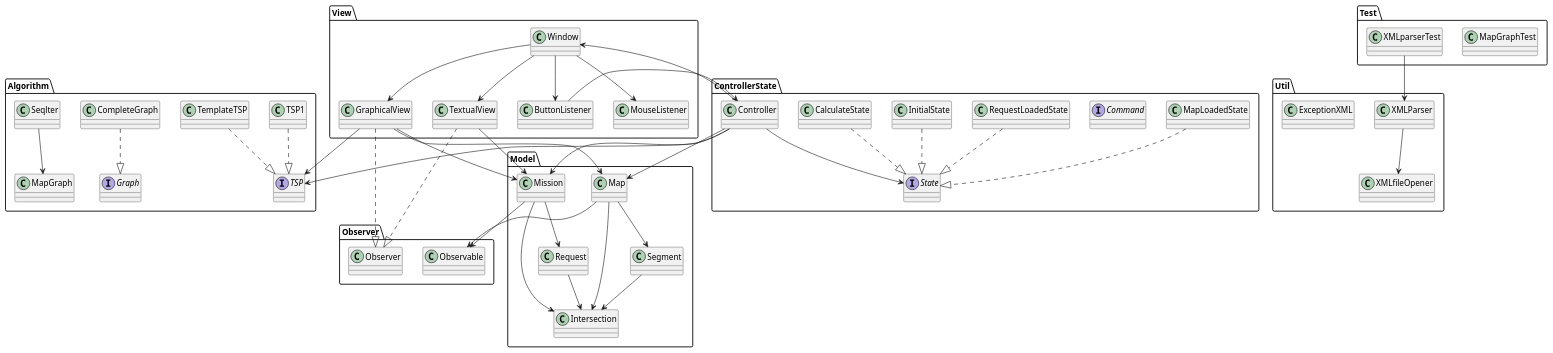
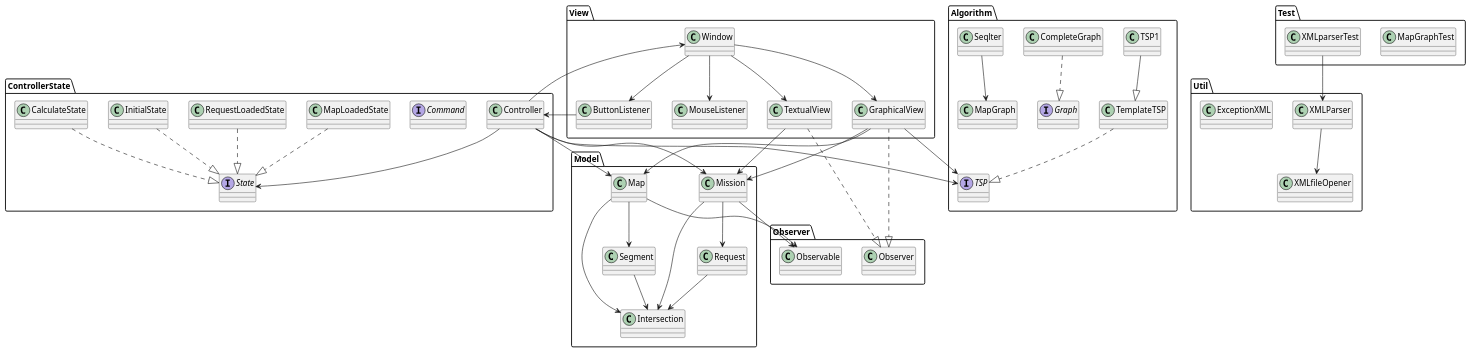
The diagram in src/documentation/PackageDiagram.puml (Karlenkko/Agile-OnErrand), drawn with PlantUML before and after one commit.

Commit message:
doc(PackageDiagram): modification on the heritage

```diff
--- a/src/documentation/PackageDiagram.puml
+++ b/src/documentation/PackageDiagram.puml
@@ -1,139 +1,139 @@
 @startuml
 
 'abstract class AbstractList
 'abstract AbstractCollection
 'interface List
 'interface Collection
 '
 'List <|-- AbstractList
 'Collection <|-- AbstractCollection
 '
 'Collection <|- List
 'AbstractCollection <|- AbstractList
 'AbstractList <|-- ArrayList
 '
 'class ArrayList {
 'Object[] elementData
 'size()
 '}
 '
 'enum TimeUnit {
 'DAYS
 'HOURS
 'MINUTES
 '}
 
 
 
 Package ControllerState{
     class Controller
 
     interface Command
     class InitialState
     class CalculateState
     class MapLoadedState
     class RequestLoadedState
 
     interface State
     Controller --> State
     InitialState ..|> State
     CalculateState ..|> State
     MapLoadedState ..|> State
     RequestLoadedState ..|> State
 }
 Package Util{
     class XMLParser
     class XMLfileOpener
     class ExceptionXML
 
     XMLParser --> XMLfileOpener
 
 }
 Package Algorithm{
     interface TSP
     class TSP1
     class TemplateTSP
     interface Graph
     class CompleteGraph
     class MapGraph
     class Seqlter
 
     Controller --> TSP
-    TSP1 ..|> TSP
+    TSP1 --|> TemplateTSP
     TemplateTSP ..|> TSP
     CompleteGraph..|> Graph
     Seqlter --> MapGraph
 
 }
 Package Model{
     class Intersection
     class Map
     class Mission
     class Request
     class Segment
 
     Map --> Intersection
     Map --> Segment
     Controller --> Map
 
     Controller --> Mission
     Mission --> Intersection
     Mission --> Request
 
     Request --> Intersection
     Segment --> Intersection
 
 }
 Package Test{
     class MapGraphTest
     class XMLparserTest
 
     XMLparserTest --> XMLParser
 }
 Package View{
     class Window
     class TextualView
     class GraphicalView
     class ButtonListener
     class MouseListener
 
     Controller --> Window
     Window --> TextualView
     Window --> GraphicalView
     Window --> ButtonListener
     Window --> MouseListener
 
     TextualView --> Mission
 
     GraphicalView --> Map
     GraphicalView --> Mission
     GraphicalView --> TSP
 
     'MouseListener --> Controller
     ButtonListener --> Controller
 
 }
 Package Observer{
     class Observer
     class Observable
 
     TextualView ..|> Observer
     GraphicalView ..|> Observer
 
     Map --> Observable
     Mission --> Observable
 }
 
 
 
 'View <--> ControllerState
 'ControllerState --> Model
 'View -> Model
 'Algorithm <- ControllerState
 'ControllerState -> Util
 '
 'Util --> Test
 'Algorithm --> Test
 'View -> Observer
 
 @enduml
```
